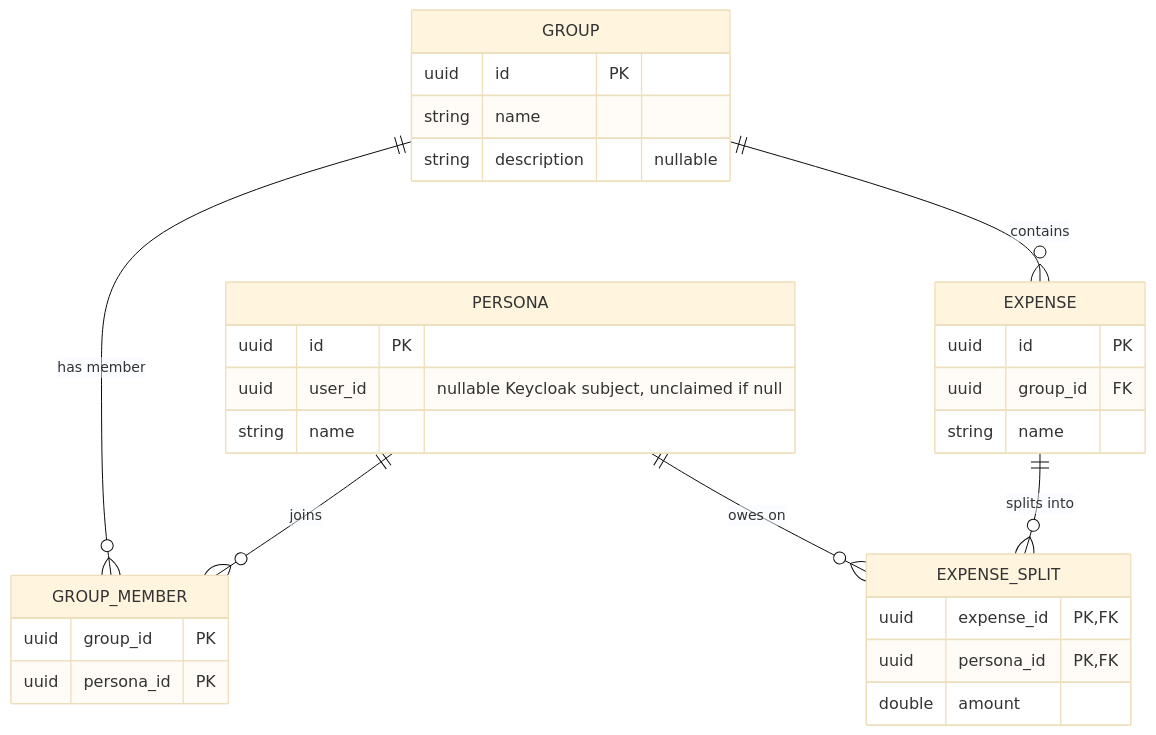
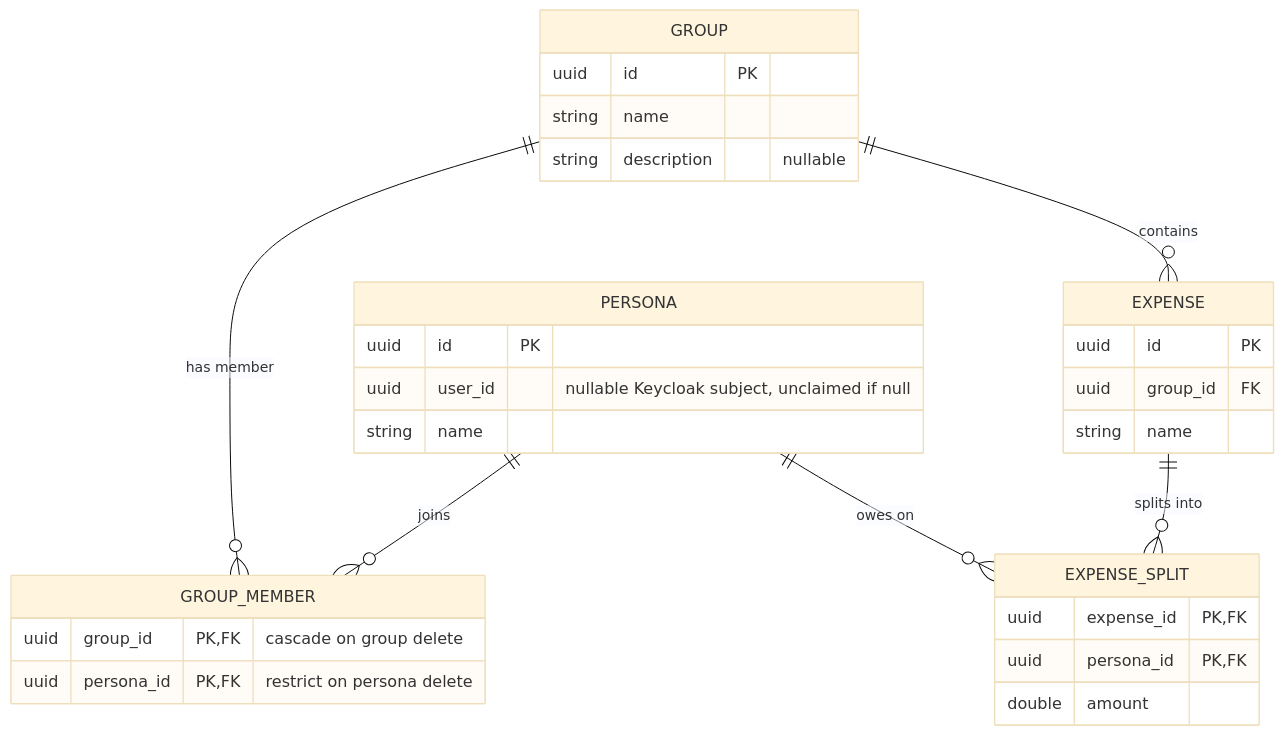
Before and after one commit to MrD4rkne/oweme-ecosystem: the diagram in api/docs/domain.MD, drawn with Mermaid (base theme). The commit also changed 13 other files, not shown here.

````diff
--- a/api/docs/domain.MD
+++ b/api/docs/domain.MD
@@ -1,33 +1,33 @@
 ```mermaid
 erDiagram
     PERSONA ||--o{ GROUP_MEMBER: "joins"
     GROUP ||--o{ GROUP_MEMBER: "has member"
     GROUP ||--o{ EXPENSE: "contains"
     EXPENSE ||--o{ EXPENSE_SPLIT: "splits into"
     PERSONA ||--o{ EXPENSE_SPLIT: "owes on"
 
     PERSONA {
         uuid id PK
         uuid user_id "nullable Keycloak subject, unclaimed if null"
         string name
     }
     GROUP {
         uuid id PK
         string name
         string description "nullable"
     }
     GROUP_MEMBER {
-        uuid group_id PK
-        uuid persona_id PK
+        uuid group_id PK,FK "cascade on group delete"
+        uuid persona_id PK,FK "restrict on persona delete"
     }
     EXPENSE {
         uuid id PK
         uuid group_id FK
         string name
     }
     EXPENSE_SPLIT {
         uuid expense_id PK,FK
         uuid persona_id PK,FK
         double amount
     }
 ```
````
